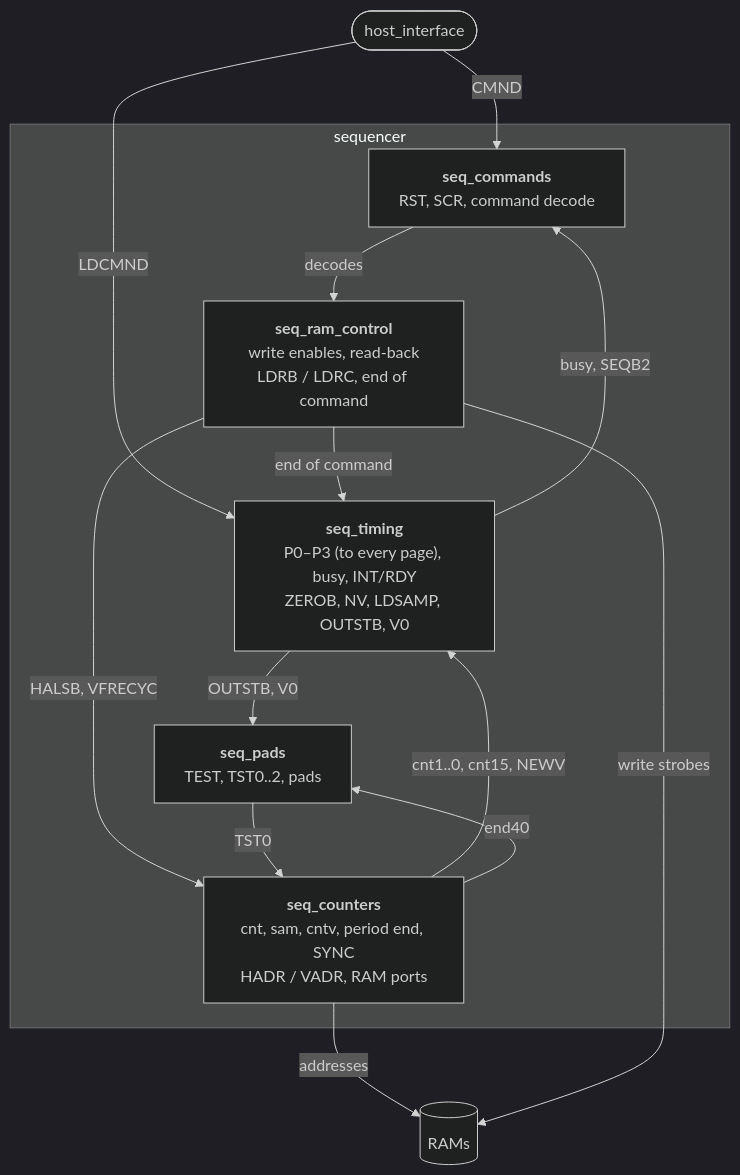
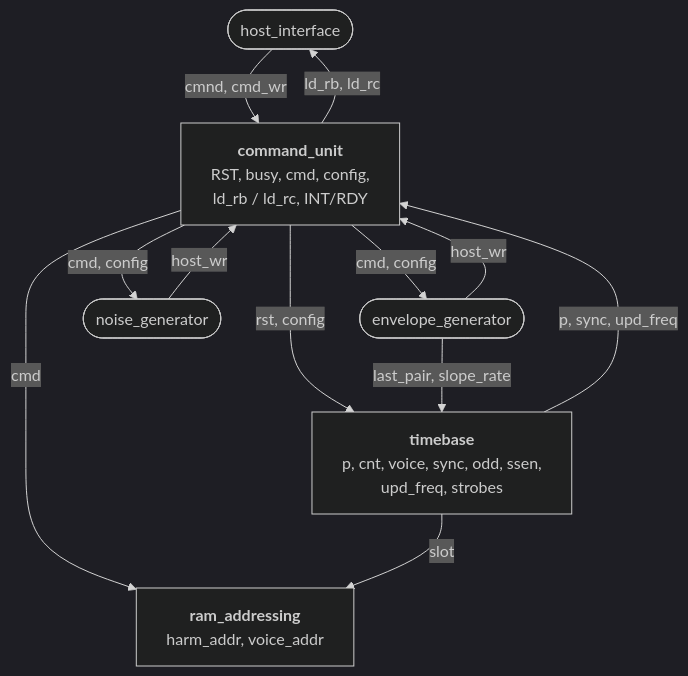
One commit to scrameta/atari_xl_fpga changed the third of 4 diagrams in atari_800xl/atari_chips/pokeyv2/AMY/README.md. Above: the diagram before and after it, drawn with Mermaid (dark theme). The commit also changed other lines of this file and 4 other files, not shown here.

````diff
--- a/atari_800xl/atari_chips/pokeyv2/AMY/README.md
+++ b/atari_800xl/atari_chips/pokeyv2/AMY/README.md
@@ -130,24 +119,20 @@
 ```mermaid
 flowchart TB
     hi(["host_interface"])
-    subgraph seq["sequencer"]
-        cmd["<b>seq_commands</b><br/>RST, SCR, command decode"]
-        tim["<b>seq_timing</b><br/>P0–P3 (to every page), busy, INT/RDY<br/>ZEROB, NV, LDSAMP, OUTSTB, V0"]
-        ram["<b>seq_ram_control</b><br/>write enables, read-back<br/>LDRB / LDRC, end of command"]
-        cnt["<b>seq_counters</b><br/>cnt, sam, cntv, period end, SYNC<br/>HADR / VADR, RAM ports"]
-        pad["<b>seq_pads</b><br/>TEST, TST0..2, pads"]
-    end
-    mem[("RAMs")]
-    hi -- "CMND" --> cmd
-    hi -- "LDCMND" --> tim
-    tim -- "busy, SEQB2" --> cmd
-    cmd -- "decodes" --> ram
-    ram -- "end of command" --> tim
-    cnt -- "cnt1..0, cnt15, NEWV" --> tim
-    ram -- "HALSB, VFRECYC" --> cnt
-    tim -- "OUTSTB, V0" --> pad
-    cnt -- "end40" --> pad
-    pad -- "TST0" --> cnt
-    cnt -- "addresses" --> mem
-    ram -- "write strobes" --> mem
+    cu["<b>command_unit</b><br/>RST, busy, cmd, config,<br/>ld_rb / ld_rc, INT/RDY"]
+    tb["<b>timebase</b><br/>p, cnt, voice, sync, odd, ssen,<br/>upd_freq, strobes"]
+    ra["<b>ram_addressing</b><br/>harm_addr, voice_addr"]
+    eg(["envelope_generator"])
+    nz(["noise_generator"])
+    hi -- "cmnd, cmd_wr" --> cu
+    cu -- "ld_rb, ld_rc" --> hi
+    cu -- "rst, config" --> tb
+    tb -- "p, sync, upd_freq" --> cu
+    cu -- "cmd" --> ra
+    tb -- "slot" --> ra
+    cu -- "cmd, config" --> eg
+    cu -- "cmd, config" --> nz
+    eg -- "host_wr" --> cu
+    nz -- "host_wr" --> cu
+    eg -- "last_pair, slope_rate" --> tb
 ```
````
